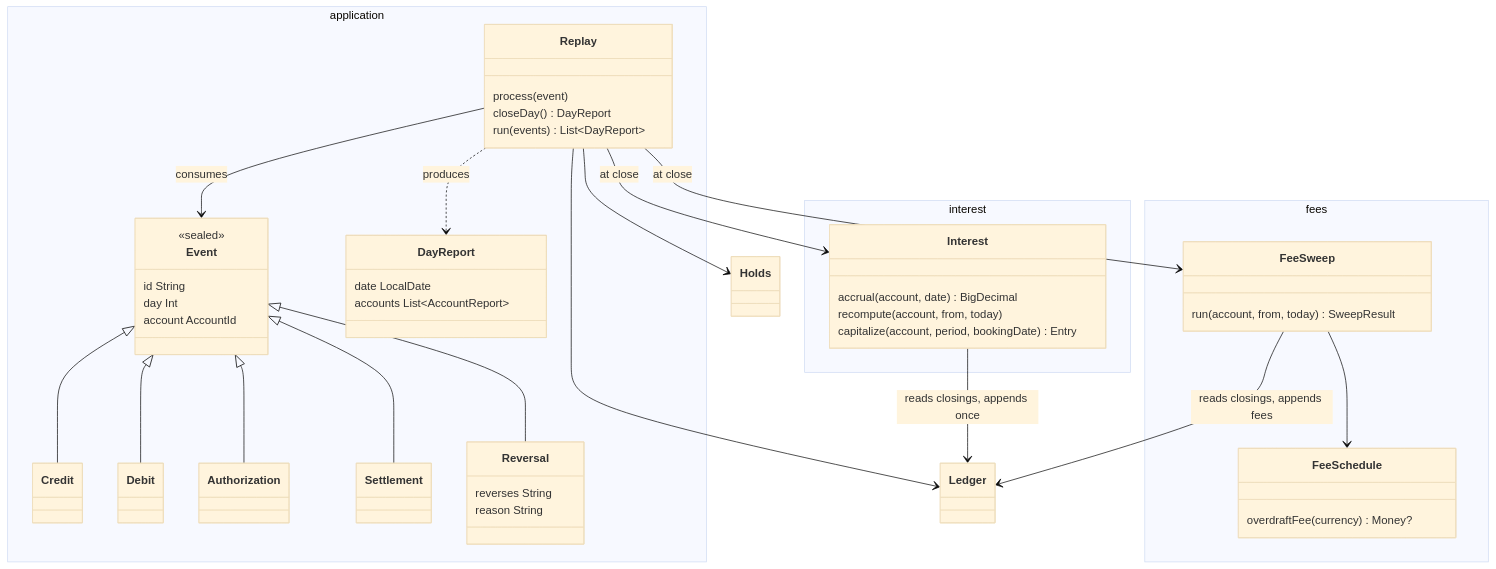
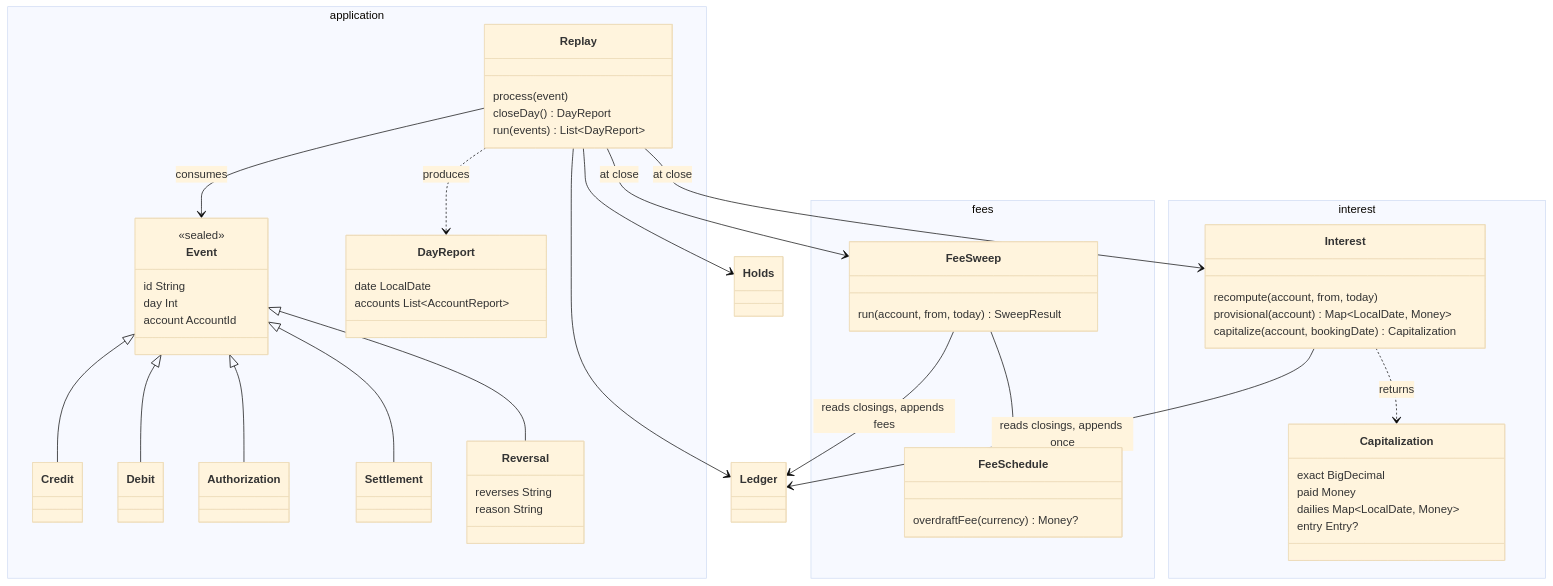
One commit to mark-per/ledger-core changed the second of 2 diagrams in DESIGN.md. Above: the diagram before and after it, drawn with Mermaid (base theme). The commit also changed other lines of this file, not shown here.

Commit message:
Design: entry source, final authorizations, holds as projection, rounded dailies summed, pre-fee closing in report

````diff
--- a/DESIGN.md
+++ b/DESIGN.md
@@ -133,60 +138,67 @@
 ```mermaid
 classDiagram
 direction TB
 namespace fees {
   class FeeSchedule {
     overdraftFee(currency) Money?
   }
   class FeeSweep {
     run(account, from, today) SweepResult
   }
 }
 namespace interest {
   class Interest {
-    accrual(account, date) BigDecimal
     recompute(account, from, today)
-    capitalize(account, period, bookingDate) Entry
+    provisional(account) Map~LocalDate, Money~
+    capitalize(account, bookingDate) Capitalization
+  }
+  class Capitalization {
+    exact BigDecimal
+    paid Money
+    dailies Map~LocalDate, Money~
+    entry Entry?
   }
 }
 namespace application {
   class Event {
     <<sealed>>
     id String
     day Int
     account AccountId
   }
   class Credit
   class Debit
   class Authorization
   class Settlement
   class Reversal {
     reverses String
     reason String
   }
   class Replay {
     process(event)
     closeDay() DayReport
     run(events) List~DayReport~
   }
   class DayReport {
     date LocalDate
     accounts List~AccountReport~
   }
 }
 class Ledger
 class Holds
 Event <|-- Credit
 Event <|-- Debit
 Event <|-- Authorization
 Event <|-- Settlement
 Event <|-- Reversal
 FeeSweep --> Ledger : reads closings, appends fees
 FeeSweep --> FeeSchedule
 Interest --> Ledger : reads closings, appends once
+Interest ..> Capitalization : returns
 Replay --> Ledger
 Replay --> Holds
 Replay --> FeeSweep : at close
 Replay --> Interest : at close
 Replay --> Event : consumes
 Replay ..> DayReport : produces
 ```
````
